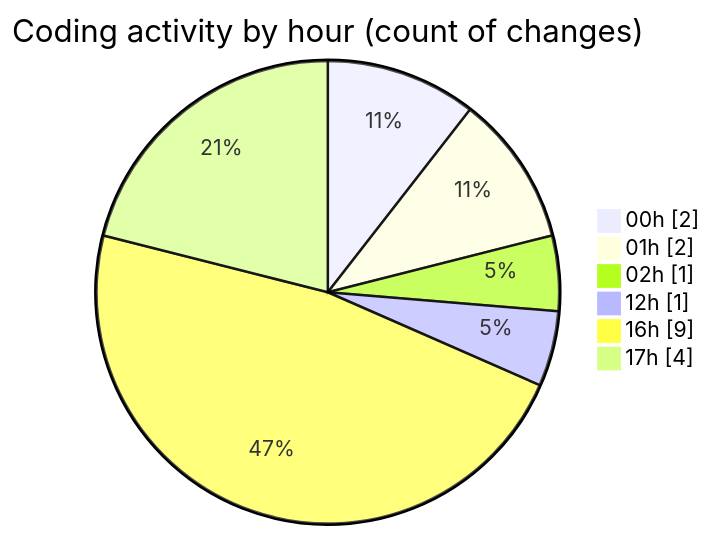
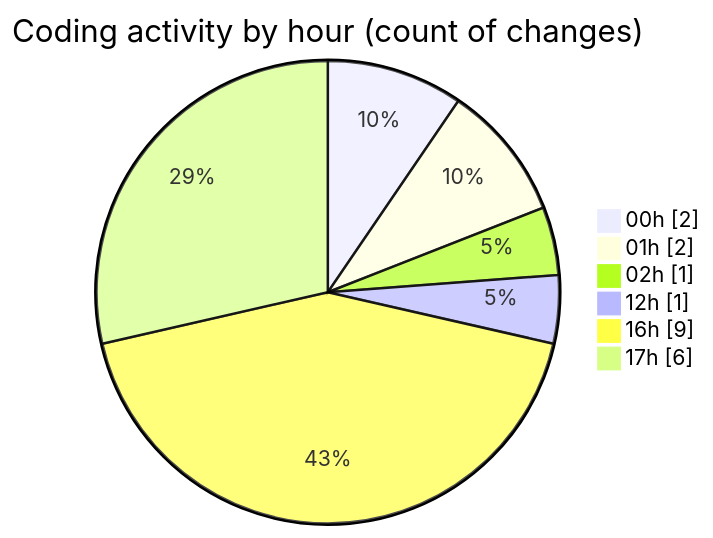
Before and after one commit to shibass792/code-tracking: the second of 2 diagrams in 2026-07-09/twenty_versions_aminor/README.md, drawn with Mermaid. The commit also changed other lines of this file and 1 other file, not shown here.

````diff
--- a/2026-07-09/twenty_versions_aminor/README.md
+++ b/2026-07-09/twenty_versions_aminor/README.md
@@ -37,10 +37,10 @@
 ```mermaid
 pie showData
 title Coding activity by hour (count of changes)
 "00h" : 2
 "01h" : 2
 "02h" : 1
 "12h" : 1
 "16h" : 9
-"17h" : 4
+"17h" : 6
 ```
````
